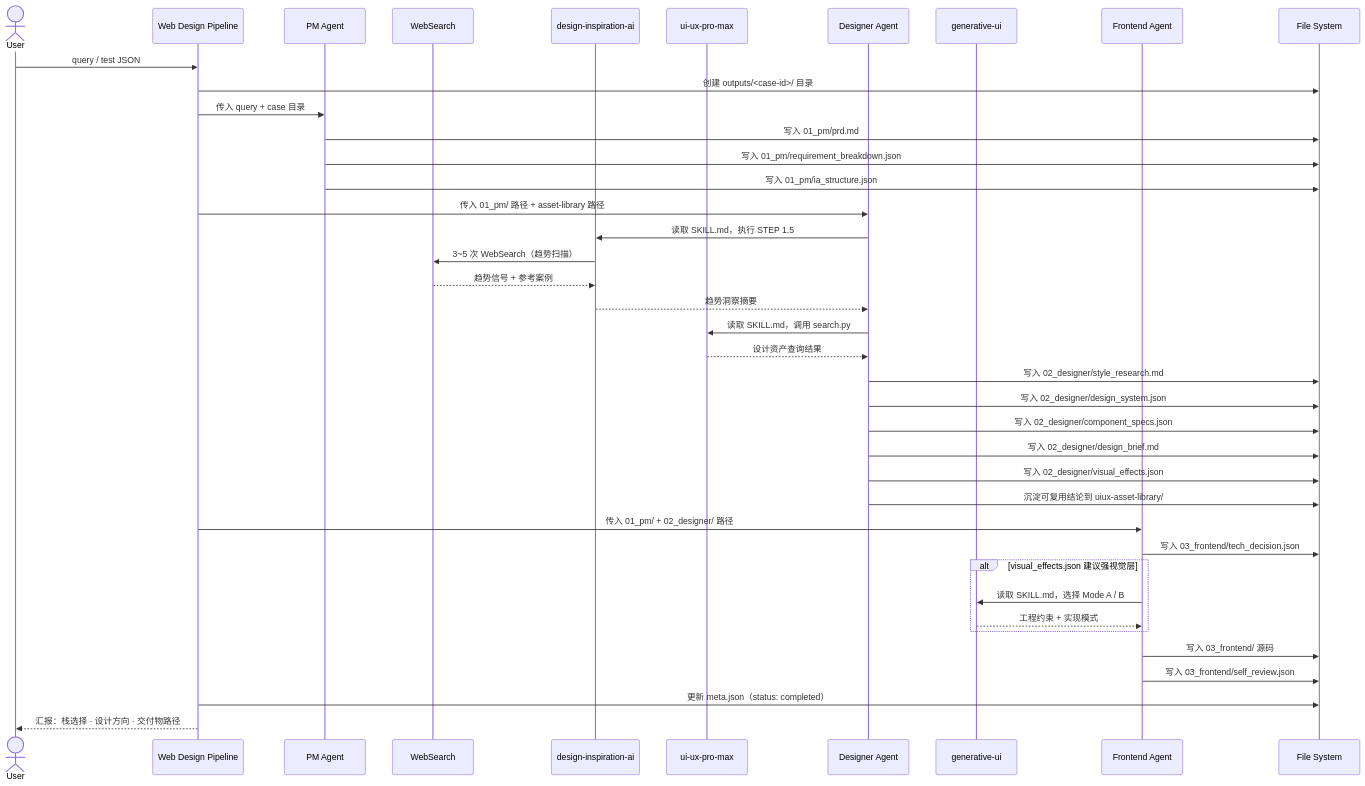
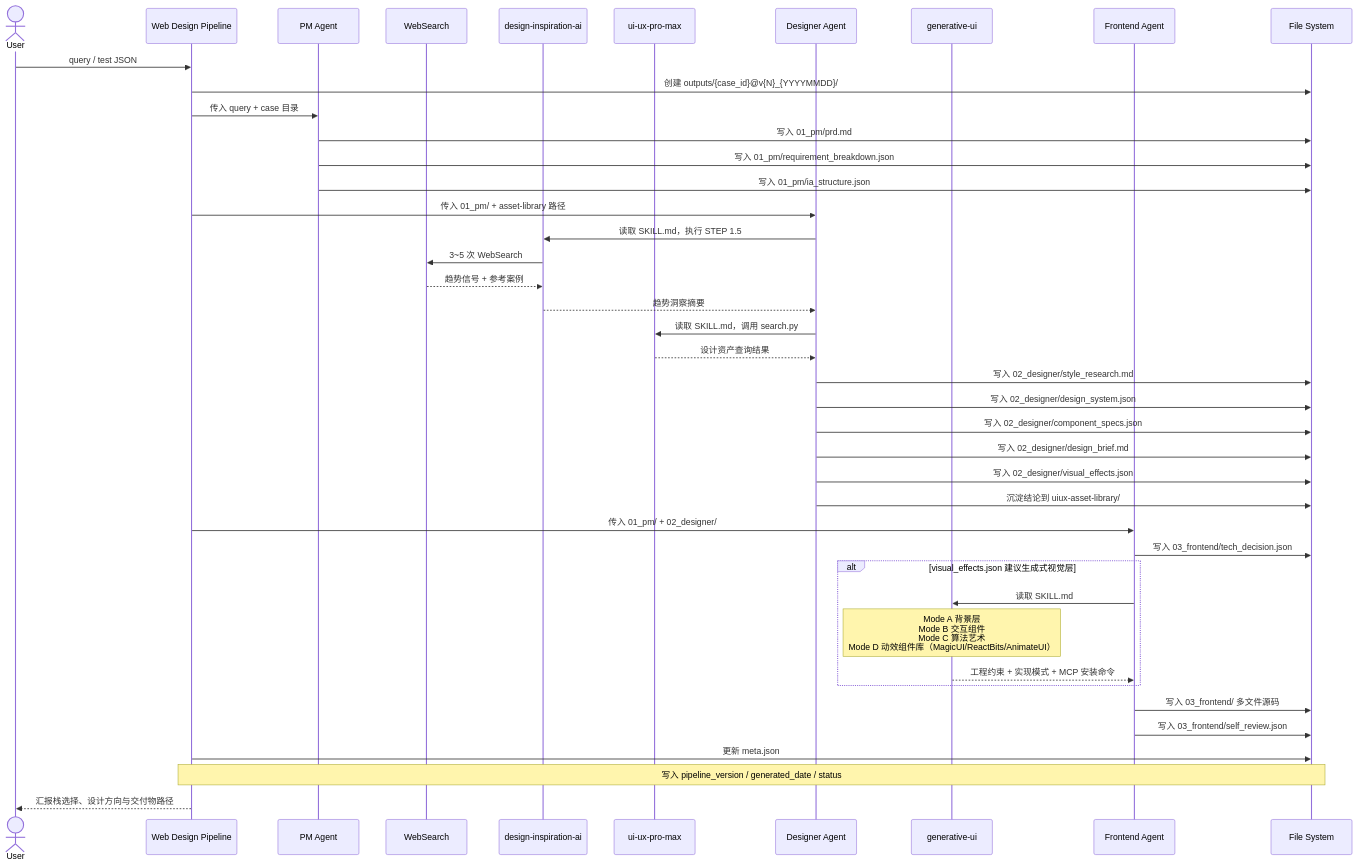
The fourth of 5 diagrams in ARCHITECTURE.md (PlevanTem/ui-data-synth-pipeline), drawn with Mermaid before and after one commit. The commit also changed other lines of this file and 365 other files, not shown here.

````diff
--- a/ARCHITECTURE.md
+++ b/ARCHITECTURE.md
@@ -178,47 +180,49 @@
 ```mermaid
 sequenceDiagram
     actor User
     participant WDP  as Web Design Pipeline
     participant PM   as PM Agent
     participant SRCH as WebSearch
     participant DI   as design-inspiration-ai
     participant UU   as ui-ux-pro-max
     participant D    as Designer Agent
     participant GU   as generative-ui
     participant FE   as Frontend Agent
     participant FS   as File System
 
-    User  ->> WDP   : query / test JSON
+    User ->> WDP : query / test JSON
 
-    WDP   ->> FS    : 创建 outputs/<case-id>/ 目录
-    WDP   ->> PM    : 传入 query + case 目录
-    PM    ->> FS    : 写入 01_pm/prd.md
-    PM    ->> FS    : 写入 01_pm/requirement_breakdown.json
-    PM    ->> FS    : 写入 01_pm/ia_structure.json
+    WDP ->> FS : 创建 outputs/{case_id}@v{N}_{YYYYMMDD}/
+    WDP ->> PM : 传入 query + case 目录
+    PM ->> FS : 写入 01_pm/prd.md
+    PM ->> FS : 写入 01_pm/requirement_breakdown.json
+    PM ->> FS : 写入 01_pm/ia_structure.json
 
-    WDP   ->> D     : 传入 01_pm/ 路径 + asset-library 路径
-    D     ->> DI    : 读取 SKILL.md，执行 STEP 1.5
-    DI    ->> SRCH  : 3~5 次 WebSearch（趋势扫描）
-    SRCH -->> DI    : 趋势信号 + 参考案例
-    DI   -->> D     : 趋势洞察摘要
-    D     ->> UU    : 读取 SKILL.md，调用 search.py
-    UU   -->> D     : 设计资产查询结果
-    D     ->> FS    : 写入 02_designer/style_research.md
-    D     ->> FS    : 写入 02_designer/design_system.json
-    D     ->> FS    : 写入 02_designer/component_specs.json
-    D     ->> FS    : 写入 02_designer/design_brief.md
-    D     ->> FS    : 写入 02_designer/visual_effects.json
-    D     ->> FS    : 沉淀可复用结论到 uiux-asset-library/
+    WDP ->> D : 传入 01_pm/ + asset-library 路径
+    D ->> DI : 读取 SKILL.md，执行 STEP 1.5
+    DI ->> SRCH : 3~5 次 WebSearch
+    SRCH -->> DI : 趋势信号 + 参考案例
+    DI -->> D : 趋势洞察摘要
+    D ->> UU : 读取 SKILL.md，调用 search.py
+    UU -->> D : 设计资产查询结果
+    D ->> FS : 写入 02_designer/style_research.md
+    D ->> FS : 写入 02_designer/design_system.json
+    D ->> FS : 写入 02_designer/component_specs.json
+    D ->> FS : 写入 02_designer/design_brief.md
+    D ->> FS : 写入 02_designer/visual_effects.json
+    D ->> FS : 沉淀结论到 uiux-asset-library/
 
-    WDP   ->> FE    : 传入 01_pm/ + 02_designer/ 路径
-    FE    ->> FS    : 写入 03_frontend/tech_decision.json
-    alt visual_effects.json 建议强视觉层
-        FE ->> GU   : 读取 SKILL.md，选择 Mode A / B
-        GU -->> FE  : 工程约束 + 实现模式
+    WDP ->> FE : 传入 01_pm/ + 02_designer/
+    FE ->> FS : 写入 03_frontend/tech_decision.json
+    alt visual_effects.json 建议生成式视觉层
+        FE ->> GU : 读取 SKILL.md
+        note over GU: Mode A 背景层<br/>Mode B 交互组件<br/>Mode C 算法艺术<br/>Mode D 动效组件库（MagicUI/ReactBits/AnimateUI）
+        GU -->> FE : 工程约束 + 实现模式 + MCP 安装命令
     end
-    FE    ->> FS    : 写入 03_frontend/ 源码
-    FE    ->> FS    : 写入 03_frontend/self_review.json
-    WDP   ->> FS    : 更新 meta.json（status: completed）
+    FE ->> FS : 写入 03_frontend/ 多文件源码
+    FE ->> FS : 写入 03_frontend/self_review.json
+    WDP ->> FS : 更新 meta.json
+    note over WDP,FS: 写入 pipeline_version / generated_date / status
 
-    WDP  -->> User  : 汇报：栈选择 · 设计方向 · 交付物路径
+    WDP -->> User : 汇报栈选择、设计方向与交付物路径
 ```
````
